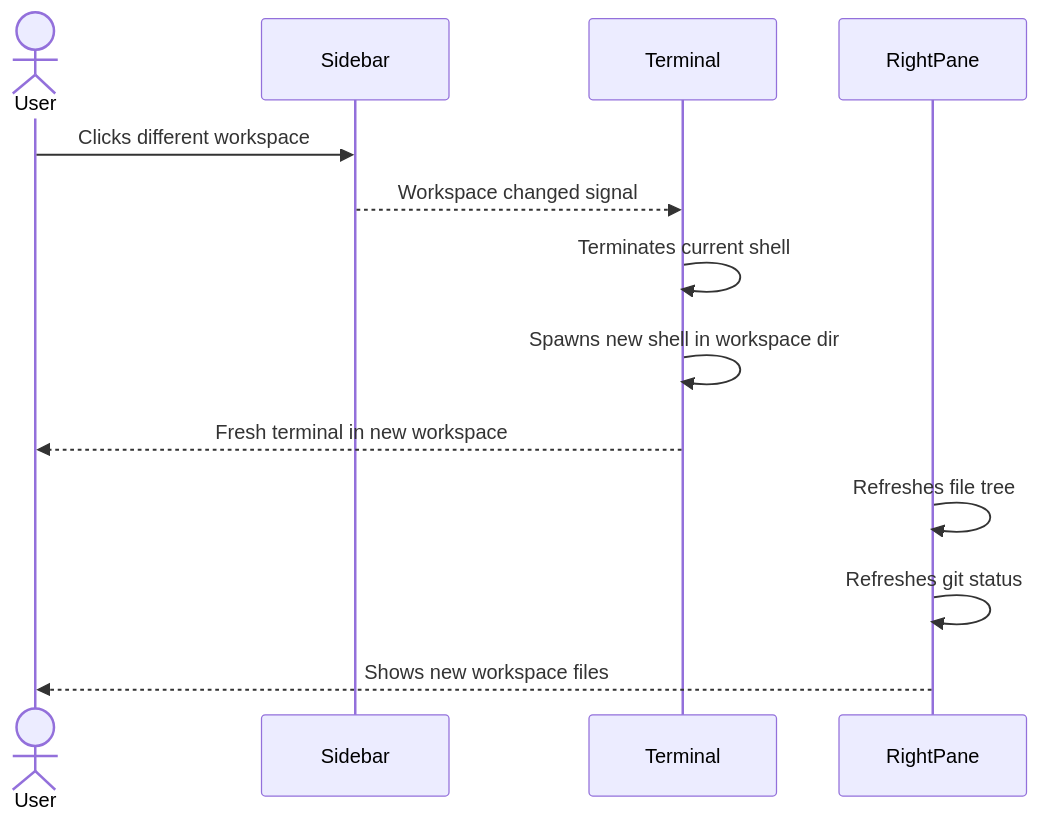
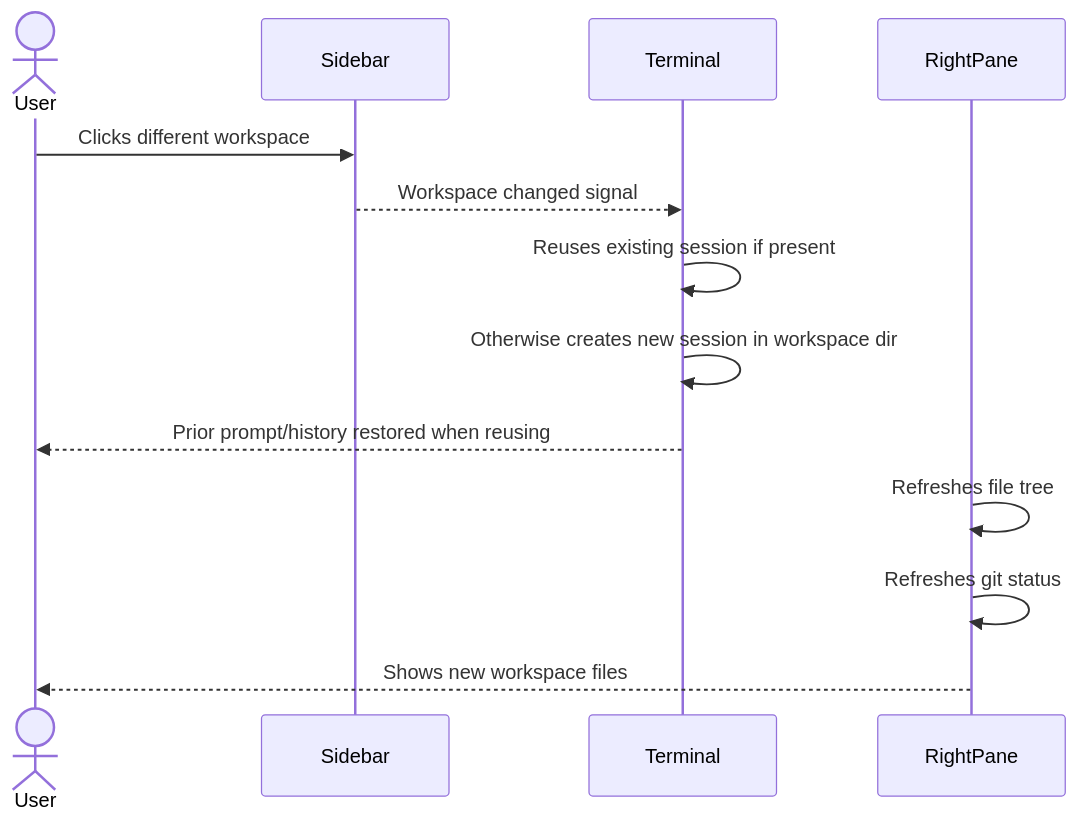
One commit to fairchild/workspaces changed the second of 5 diagrams in docs/user-stories.md. Above: the diagram before and after it, drawn with Mermaid. The commit also changed other lines of this file and 3 other files, not shown here.

Commit message:
docs: align roadmap and add refinement-performance followup

````diff
--- a/docs/user-stories.md
+++ b/docs/user-stories.md
@@ -88,16 +93,16 @@
 ```mermaid
 sequenceDiagram
     actor User
     participant Sidebar
     participant Terminal
     participant RightPane
 
     User->>Sidebar: Clicks different workspace
     Sidebar-->>Terminal: Workspace changed signal
-    Terminal->>Terminal: Terminates current shell
-    Terminal->>Terminal: Spawns new shell in workspace dir
-    Terminal-->>User: Fresh terminal in new workspace
+    Terminal->>Terminal: Reuses existing session if present
+    Terminal->>Terminal: Otherwise creates new session in workspace dir
+    Terminal-->>User: Prior prompt/history restored when reusing
     RightPane->>RightPane: Refreshes file tree
     RightPane->>RightPane: Refreshes git status
     RightPane-->>User: Shows new workspace files
 ```
````
